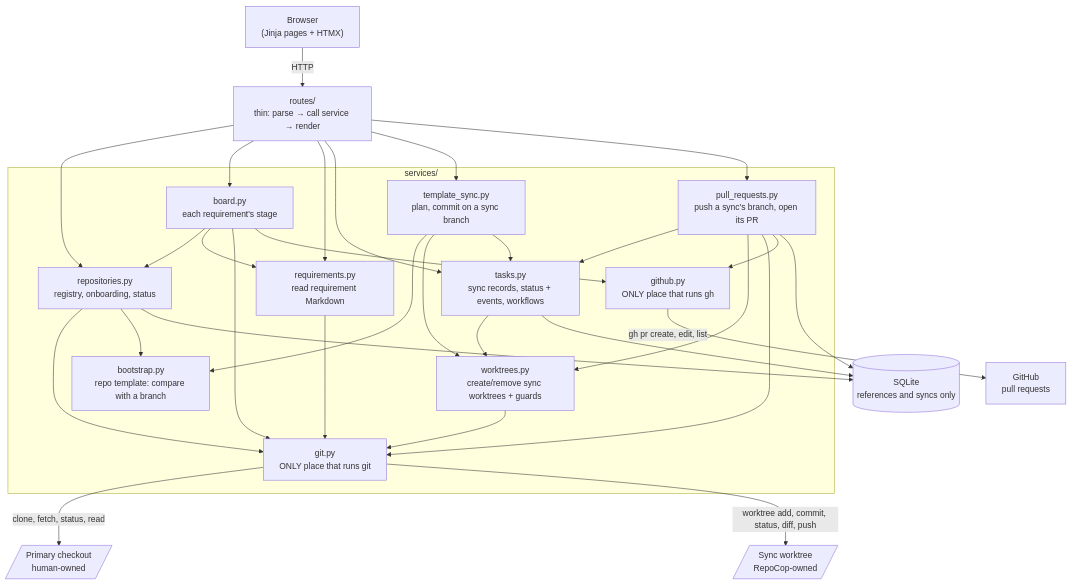
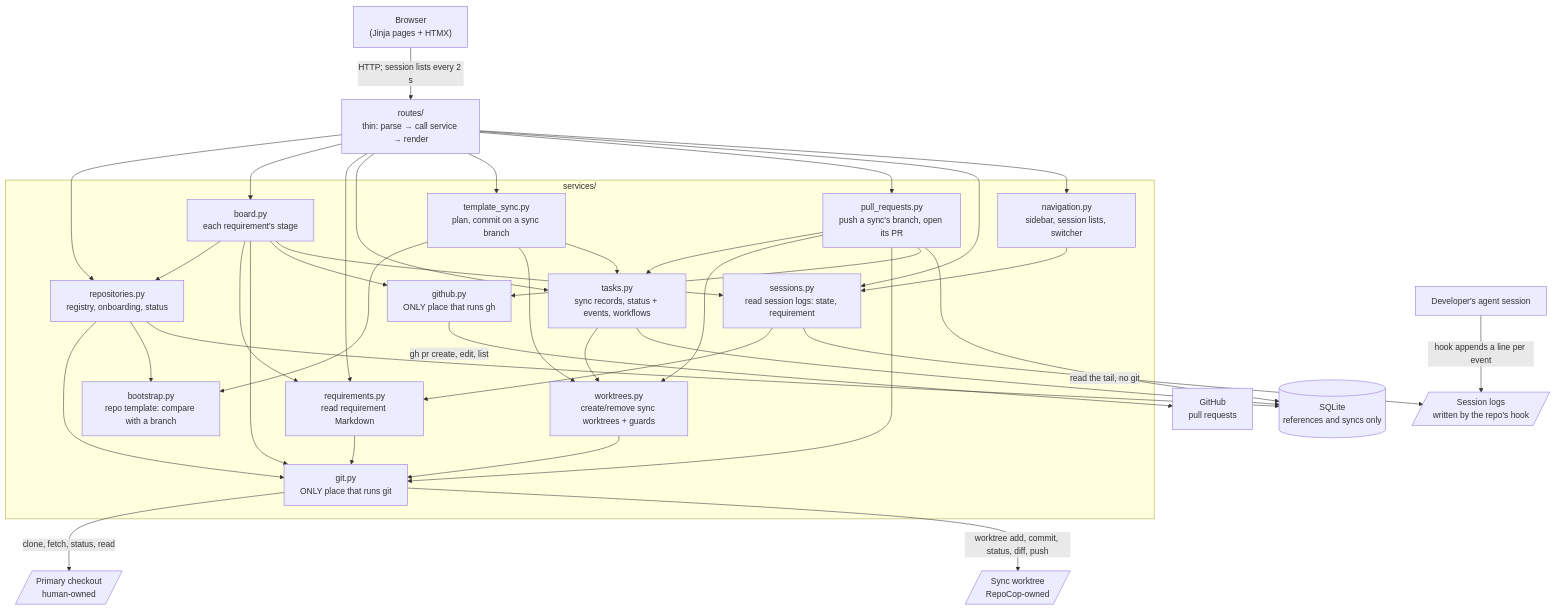
One commit to eliveikis/repocop changed the first of 5 diagrams in specs/architecture.md. Above: the diagram before and after it, drawn with Mermaid. The commit also changed other lines of this file and 38 other files, not shown here.

````diff
--- a/specs/architecture.md
+++ b/specs/architecture.md
@@ -17,38 +18,46 @@
 ```mermaid
 flowchart TD
     browser["Browser<br/>(Jinja pages + HTMX)"]
     routes["routes/<br/>thin: parse → call service → render"]
 
     subgraph services["services/"]
         repos["repositories.py<br/>registry, onboarding, status"]
         board["board.py<br/>each requirement's stage"]
         sync["template_sync.py<br/>plan, commit on a sync branch"]
         boot["bootstrap.py<br/>repo template: compare with a branch"]
         reqs["requirements.py<br/>read requirement Markdown"]
         wts["worktrees.py<br/>create/remove sync worktrees + guards"]
         git["git.py<br/>ONLY place that runs git"]
         tasksvc["tasks.py<br/>sync records, status + events, workflows"]
         prs["pull_requests.py<br/>push a sync's branch, open its PR"]
+        sess["sessions.py<br/>read session logs: state, requirement"]
+        nav["navigation.py<br/>sidebar, session lists, switcher"]
         github["github.py<br/>ONLY place that runs gh"]
     end
 
     db[("SQLite<br/>references and syncs only")]
     primary[/"Primary checkout<br/>human-owned"/]
     worktree[/"Sync worktree<br/>RepoCop-owned"/]
     hub["GitHub<br/>pull requests"]
+    logs[/"Session logs<br/>written by the repo's hook"/]
+    agent["Developer's agent session"]
 
-    browser -->|HTTP| routes
-    routes --> repos & board & reqs & tasksvc & sync & prs
-    board --> repos & reqs & git & github
+    browser -->|"HTTP; session lists every 2 s"| routes
+    routes --> repos & board & reqs & tasksvc & sync & prs & sess & nav
+    board --> repos & reqs & git & github & sess
+    nav --> sess
+    sess --> reqs
+    sess -->|"read the tail, no git"| logs
+    agent -->|"hook appends a line per event"| logs
     prs --> tasksvc & wts & git & github
     sync --> boot & wts & tasksvc
     tasksvc --> wts
     repos --> git
     repos --> boot
     reqs --> git
     wts --> git
     repos & tasksvc & prs --> db
     git -->|"clone, fetch, status, read"| primary
     git -->|"worktree add, commit, status, diff, push"| worktree
     github -->|"gh pr create, edit, list"| hub
 ```
````
